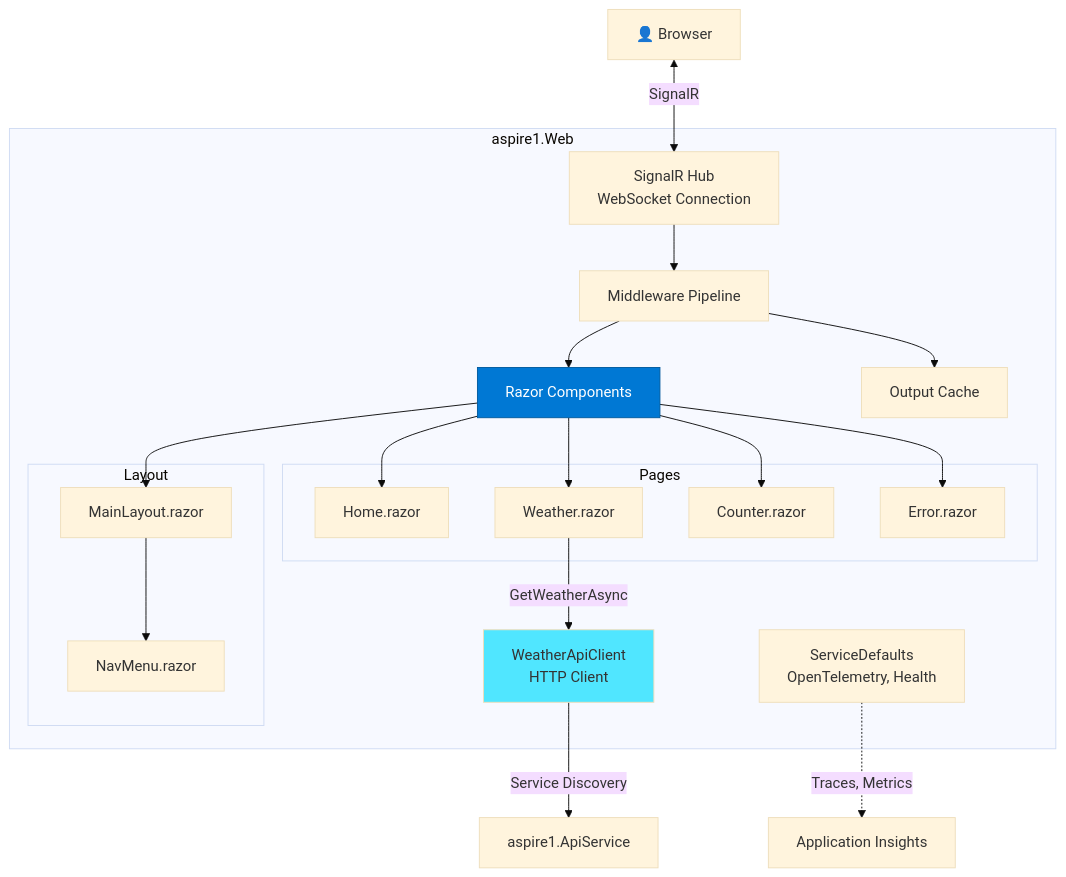
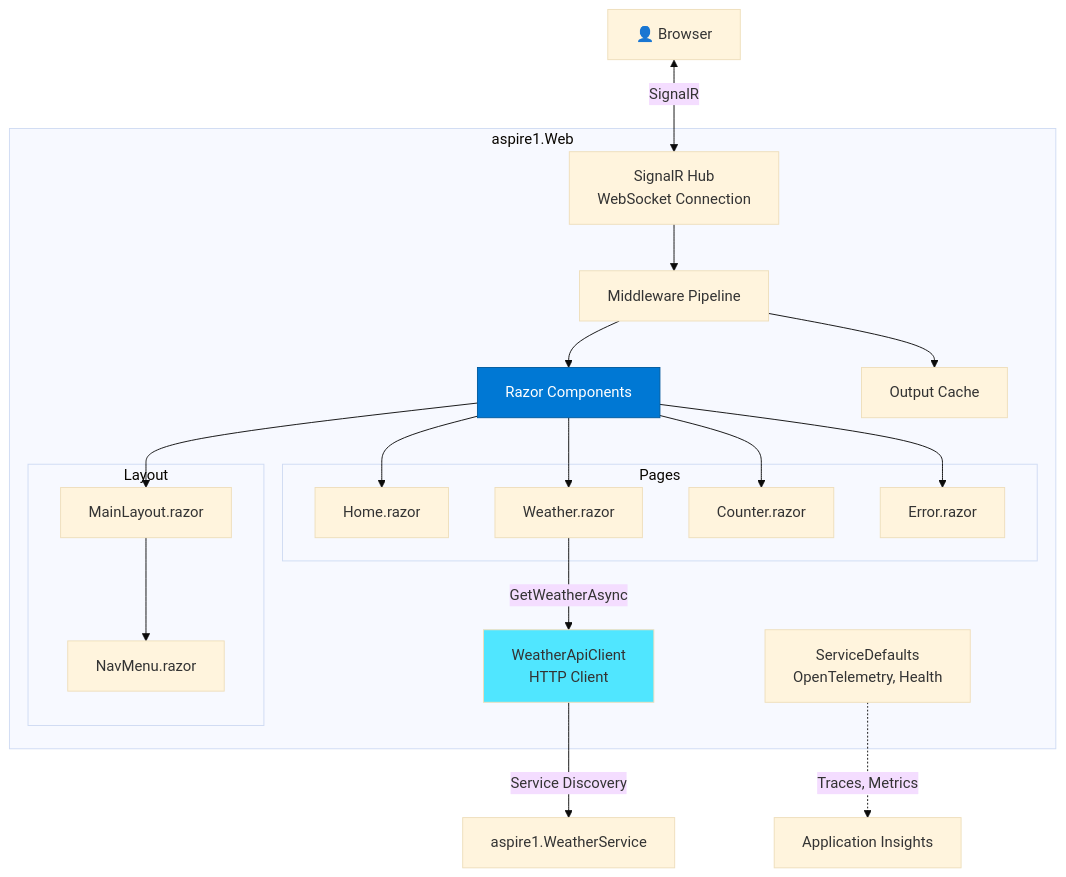
One commit to rbmathis/aspire1 changed the first of 3 diagrams in aspire1.Web/ARCHITECTURE.md. Above: the diagram before and after it, drawn with Mermaid (base theme). The commit also changed other lines of this file and 23 other files, not shown here.

````diff
--- a/aspire1.Web/ARCHITECTURE.md
+++ b/aspire1.Web/ARCHITECTURE.md
@@ -19,47 +19,47 @@
 ```mermaid
 graph TB
     User[👤 Browser]
 
     subgraph "aspire1.Web"
         SignalR[SignalR Hub<br/>WebSocket Connection]
         Middleware[Middleware Pipeline]
         RazorComponents[Razor Components]
         OutputCache[Output Cache]
         HTTPClient[WeatherApiClient<br/>HTTP Client]
         ServiceDefaults[ServiceDefaults<br/>OpenTelemetry, Health]
 
         subgraph "Pages"
             Home[Home.razor]
             Weather[Weather.razor]
             Counter[Counter.razor]
             Error[Error.razor]
         end
 
         subgraph "Layout"
             MainLayout[MainLayout.razor]
             NavMenu[NavMenu.razor]
         end
     end
 
-    API[aspire1.ApiService]
+    API[aspire1.WeatherService]
     AppInsights[Application Insights]
 
     User <-->|SignalR| SignalR
     SignalR --> Middleware
     Middleware --> RazorComponents
     RazorComponents --> Home
     RazorComponents --> Weather
     RazorComponents --> Counter
     RazorComponents --> Error
     RazorComponents --> MainLayout
     MainLayout --> NavMenu
 
     Weather -->|GetWeatherAsync| HTTPClient
     HTTPClient -->|Service Discovery| API
 
     Middleware --> OutputCache
     ServiceDefaults -.->|Traces, Metrics| AppInsights
 
     style RazorComponents fill:#0078d4,stroke:#005a9e,color:#fff
     style HTTPClient fill:#50e6ff
 ```
````
